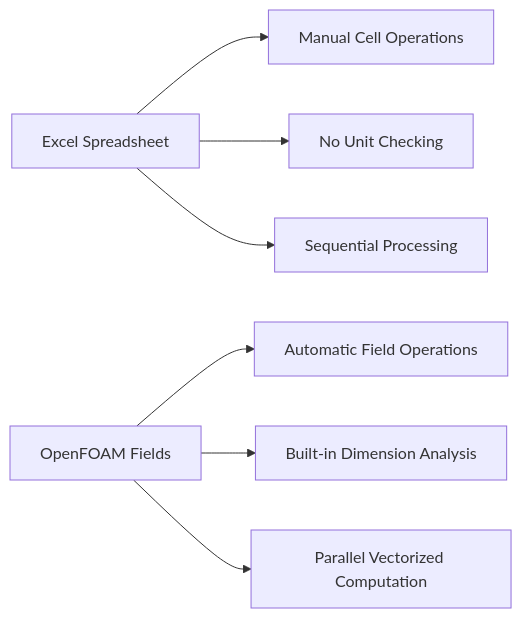
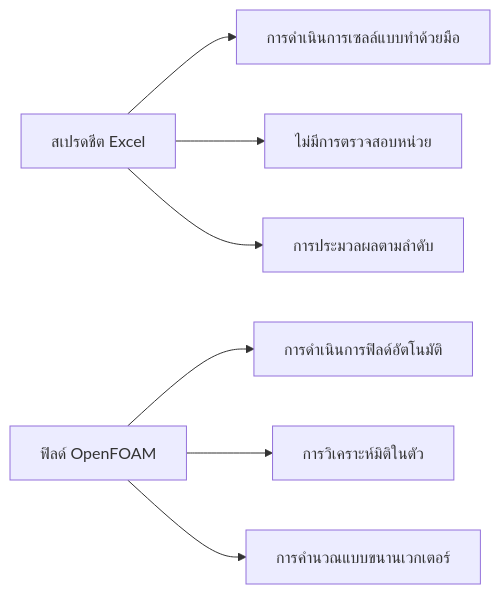
One commit to wramet/build-my-cfd changed the first of 4 diagrams in MODULE_05_OPENFOAM_PROGRAMMING/CONTENT/08_FIELD_TYPES/00_Overview.md. Above: the diagram before and after it, drawn with Mermaid. The commit also changed other lines of this file and 104 other files, not shown here.

````diff
--- a/MODULE_05_OPENFOAM_PROGRAMMING/CONTENT/08_FIELD_TYPES/00_Overview.md
+++ b/MODULE_05_OPENFOAM_PROGRAMMING/CONTENT/08_FIELD_TYPES/00_Overview.md
@@ -81,10 +81,10 @@
 ```mermaid
 flowchart LR
-    A[Excel Spreadsheet] --> B[Manual Cell Operations]
-    A --> C[No Unit Checking]
-    A --> D[Sequential Processing]
+    A[สเปรดชีต Excel] --> B[การดำเนินการเซลล์แบบทำด้วยมือ]
+    A --> C[ไม่มีการตรวจสอบหน่วย]
+    A --> D[การประมวลผลตามลำดับ]
 
-    E[OpenFOAM Fields] --> F[Automatic Field Operations]
-    E --> G[Built-in Dimension Analysis]
-    E --> H[Parallel Vectorized Computation]
+    E[ฟิลด์ OpenFOAM] --> F[การดำเนินการฟิลด์อัตโนมัติ]
+    E --> G[การวิเคราะห์มิติในตัว]
+    E --> H[การคำนวณแบบขนานเวกเตอร์]
 ```
````
